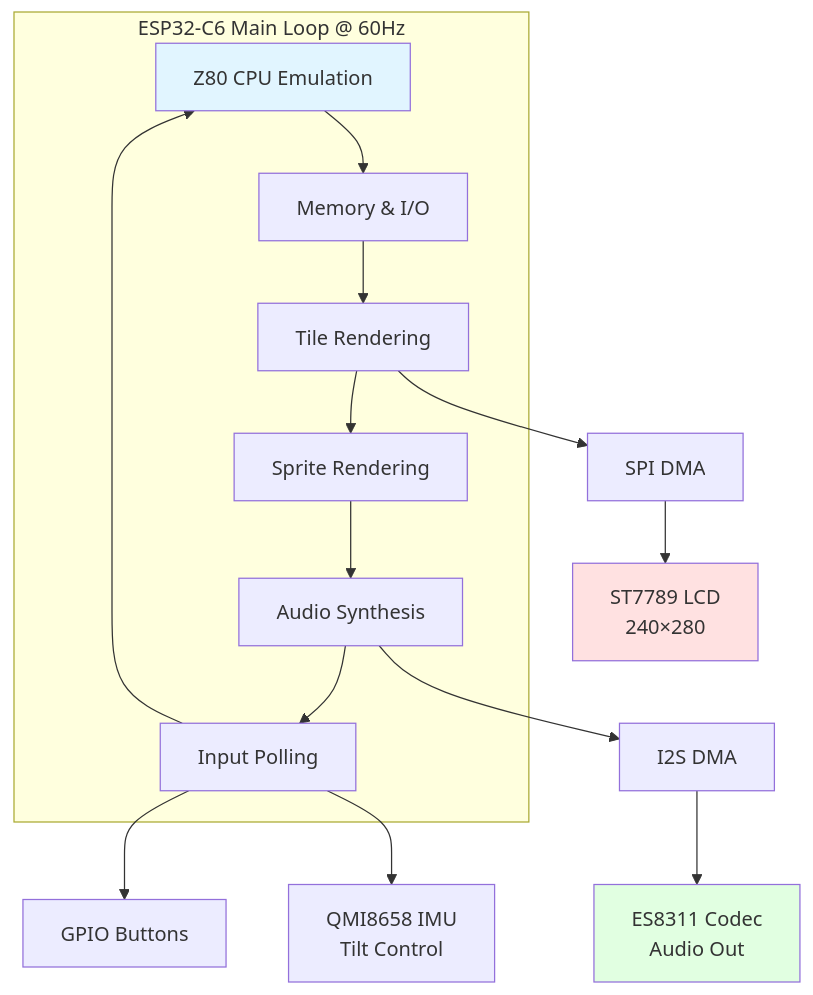
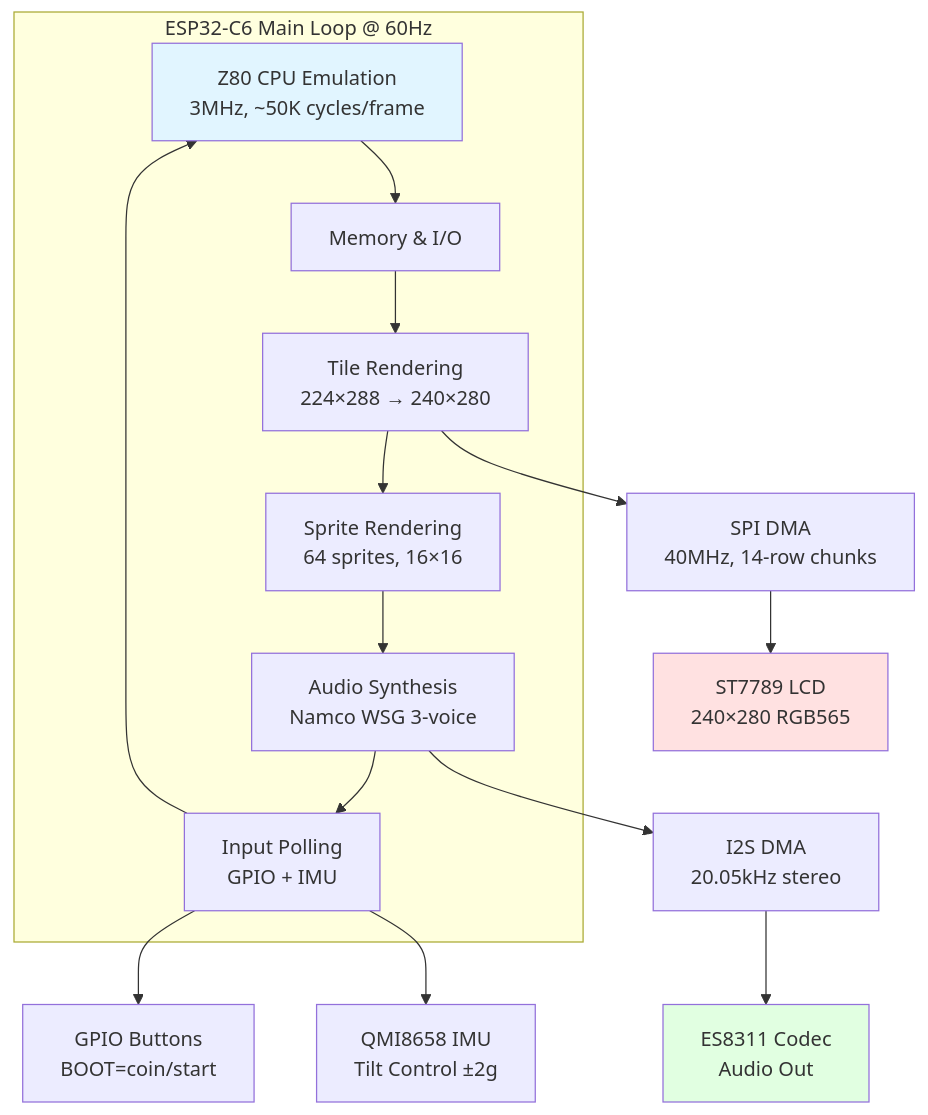
Before and after one commit to aedile/PELLETINO: the first of 4 diagrams in README.md, drawn with Mermaid. The commit also changed other lines of this file and 15 other files, not shown here.

````diff
--- a/README.md
+++ b/README.md
@@ -131,24 +133,24 @@
 ```mermaid
 graph TB
     subgraph "ESP32-C6 Main Loop @ 60Hz"
-        A[Z80 CPU Emulation] --> B[Memory & I/O]
-        B --> C[Tile Rendering]
-        C --> D[Sprite Rendering]
-        D --> E[Audio Synthesis]
-        E --> F[Input Polling]
+        A[Z80 CPU Emulation<br/>3MHz, ~50K cycles/frame] --> B[Memory & I/O]
+        B --> C[Tile Rendering<br/>224×288 → 240×280]
+        C --> D[Sprite Rendering<br/>64 sprites, 16×16]
+        D --> E[Audio Synthesis<br/>Namco WSG 3-voice]
+        E --> F[Input Polling<br/>GPIO + IMU]
         F --> A
     end
     
-    C --> G[SPI DMA]
-    G --> H[ST7789 LCD<br/>240×280]
+    C --> G[SPI DMA<br/>40MHz, 14-row chunks]
+    G --> H[ST7789 LCD<br/>240×280 RGB565]
     
-    E --> I[I2S DMA]
+    E --> I[I2S DMA<br/>20.05kHz stereo]
     I --> J[ES8311 Codec<br/>Audio Out]
     
-    F --> K[GPIO Buttons]
-    F --> L[QMI8658 IMU<br/>Tilt Control]
+    F --> K[GPIO Buttons<br/>BOOT=coin/start]
+    F --> L[QMI8658 IMU<br/>Tilt Control ±2g]
     
     style A fill:#e1f5ff
     style H fill:#ffe1e1
     style J fill:#e1ffe1
 ```
````
